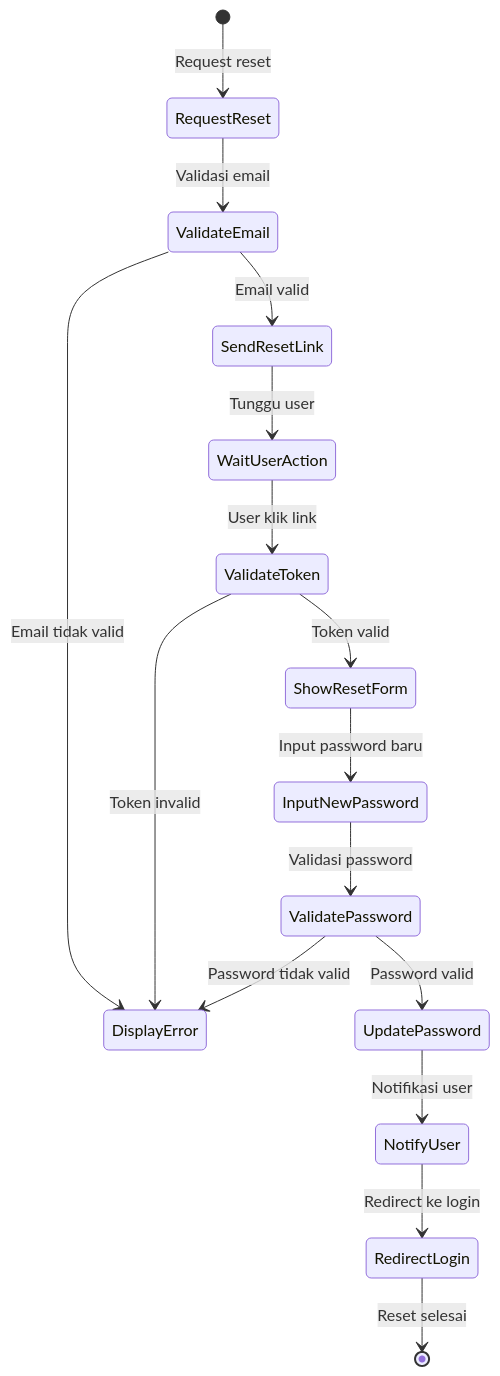
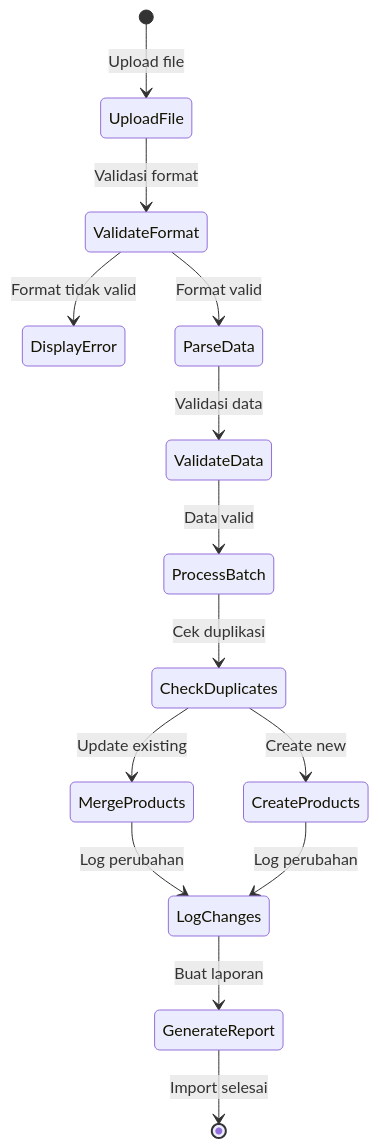
Before and after one commit to mrfansi/DearPOS: the third of 15 diagrams in documents/activity-diagrams.md, drawn with Mermaid. The commit also changed other lines of this file and 3 other files, not shown here.

````diff
--- a/documents/activity-diagrams.md
+++ b/documents/activity-diagrams.md
@@ -39,18 +42,16 @@
 ```mermaid
 stateDiagram-v2
-    [*] --> RequestReset: Request reset
-    RequestReset --> ValidateEmail: Validasi email
-    ValidateEmail --> DisplayError: Email tidak valid
-    ValidateEmail --> SendResetLink: Email valid
-    SendResetLink --> WaitUserAction: Tunggu user
-    WaitUserAction --> ValidateToken: User klik link
-    ValidateToken --> DisplayError: Token invalid
-    ValidateToken --> ShowResetForm: Token valid
-    ShowResetForm --> InputNewPassword: Input password baru
-    InputNewPassword --> ValidatePassword: Validasi password
-    ValidatePassword --> DisplayError: Password tidak valid
-    ValidatePassword --> UpdatePassword: Password valid
-    UpdatePassword --> NotifyUser: Notifikasi user
-    NotifyUser --> RedirectLogin: Redirect ke login
-    RedirectLogin --> [*]: Reset selesai
+    [*] --> UploadFile: Upload file
+    UploadFile --> ValidateFormat: Validasi format
+    ValidateFormat --> DisplayError: Format tidak valid
+    ValidateFormat --> ParseData: Format valid
+    ParseData --> ValidateData: Validasi data
+    ValidateData --> ProcessBatch: Data valid
+    ProcessBatch --> CheckDuplicates: Cek duplikasi
+    CheckDuplicates --> MergeProducts: Update existing
+    CheckDuplicates --> CreateProducts: Create new
+    MergeProducts --> LogChanges: Log perubahan
+    CreateProducts --> LogChanges: Log perubahan
+    LogChanges --> GenerateReport: Buat laporan
+    GenerateReport --> [*]: Import selesai
 ```
````
